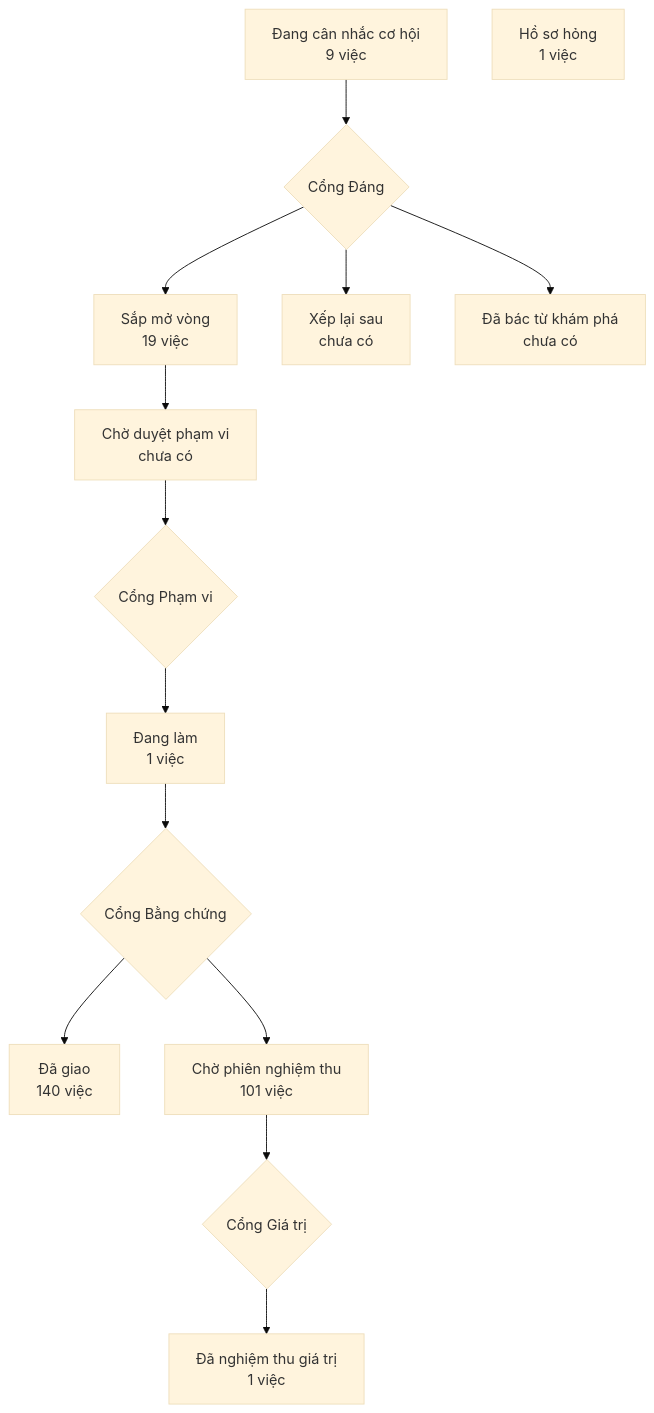
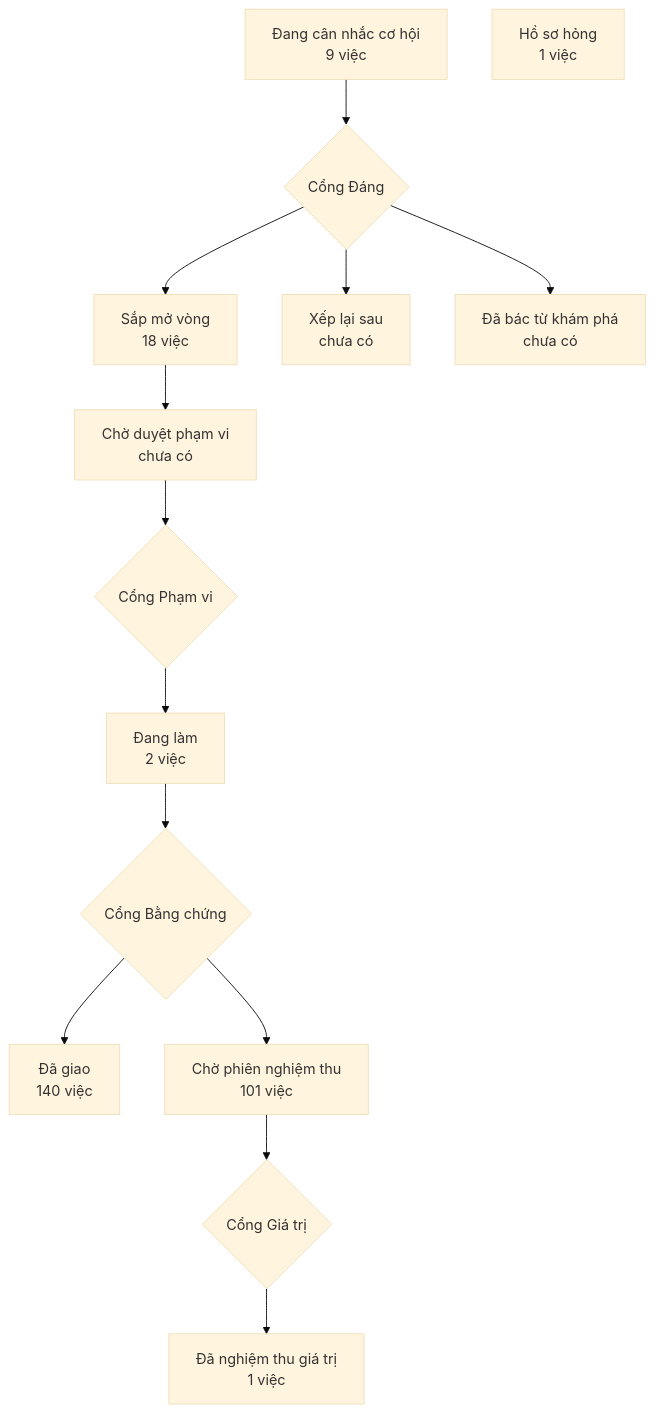
One commit to phanlemanh/crm-onehub changed the diagram in PRODUCT-MAP.md. Above: the diagram before and after it, drawn with Mermaid (base theme). The commit also changed 3 other files, not shown here.

````diff
--- a/PRODUCT-MAP.md
+++ b/PRODUCT-MAP.md
@@ -7,13 +7,13 @@
 ```mermaid
 flowchart TD
   A["Đang cân nhắc cơ hội<br/>9 việc"] --> GD{"Cổng Đáng"}
-  GD --> B["Sắp mở vòng<br/>19 việc"]
+  GD --> B["Sắp mở vòng<br/>18 việc"]
   GD --> XL["Xếp lại sau<br/>chưa có"]
   GD --> DB["Đã bác từ khám phá<br/>chưa có"]
   B --> CD["Chờ duyệt phạm vi<br/>chưa có"] --> GP{"Cổng Phạm vi"}
-  GP --> DL["Đang làm<br/>1 việc"] --> GB{"Cổng Bằng chứng"}
+  GP --> DL["Đang làm<br/>2 việc"] --> GB{"Cổng Bằng chứng"}
   GB --> DG["Đã giao<br/>140 việc"]
   GB --> CN["Chờ phiên nghiệm thu<br/>101 việc"] --> GG{"Cổng Giá trị"}
   GG --> NT["Đã nghiệm thu giá trị<br/>1 việc"]
   HS["Hồ sơ hỏng<br/>1 việc"]
 ```
````
